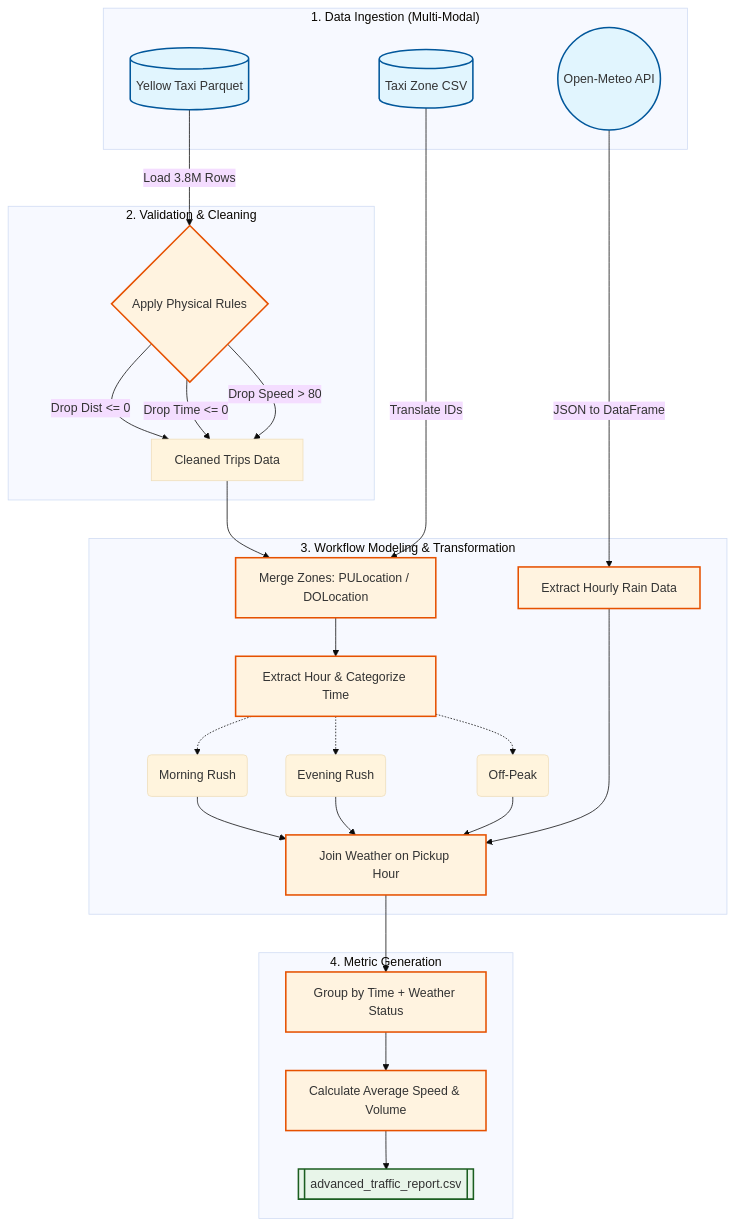
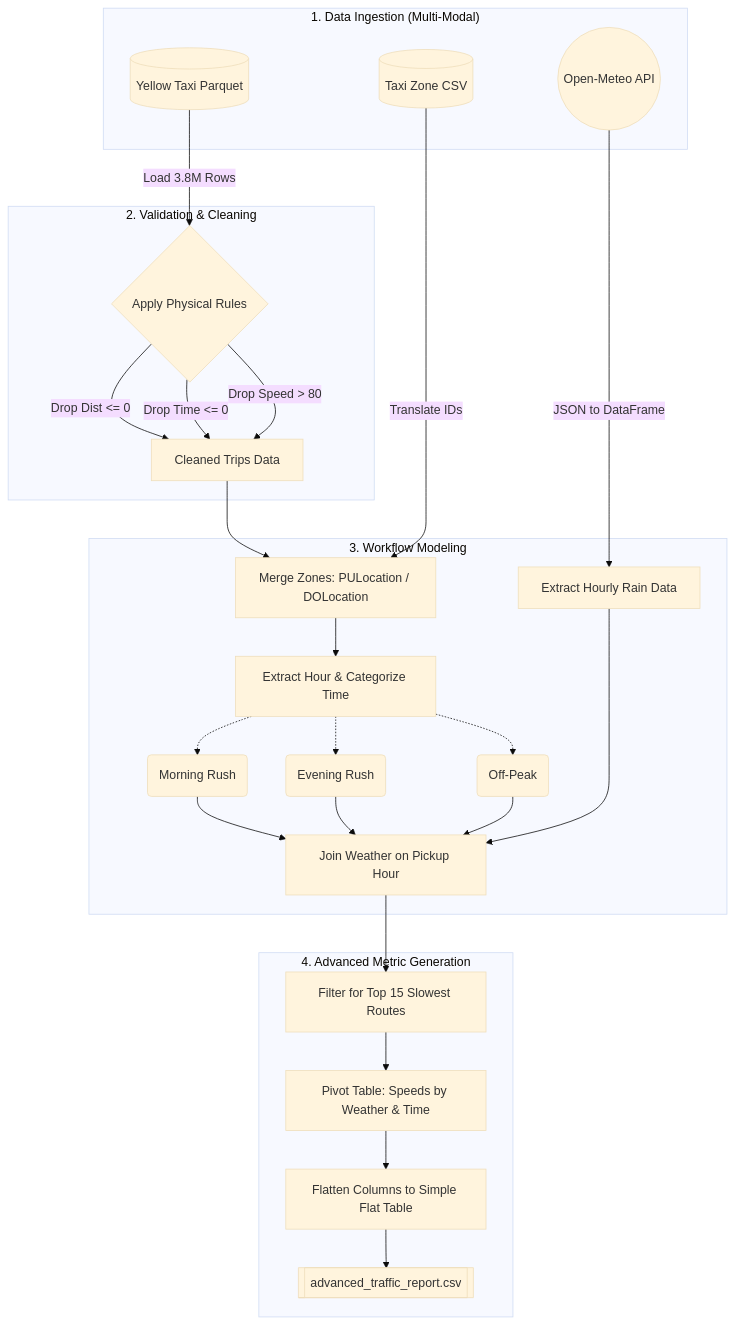
One commit to Shaikh-Suja-Rahaman/FDE-Assessment-2 changed the diagram in README.md. Above: the diagram before and after it, drawn with Mermaid (base theme). The commit also changed other lines of this file and 4 other files, not shown here.

Commit message:
refactor: pivot traffic analysis pipeline and reports to focus on route-level bottleneck metrics

````diff
--- a/README.md
+++ b/README.md
@@ -37,41 +38,37 @@
 ```mermaid
 flowchart TD
-    %% Define styles
-    classDef source fill:#e1f5fe,stroke:#01579b,stroke-width:2px;
-    classDef process fill:#fff3e0,stroke:#e65100,stroke-width:2px;
-    classDef output fill:#e8f5e9,stroke:#1b5e20,stroke-width:2px;
-
     subgraph Ingestion ["1. Data Ingestion (Multi-Modal)"]
-        A[(Yellow Taxi Parquet)]:::source
-        B[(Taxi Zone CSV)]:::source
-        C((Open-Meteo API)):::source
+        A[(Yellow Taxi Parquet)]
+        B[(Taxi Zone CSV)]
+        C((Open-Meteo API))
     end
 
     subgraph Validation ["2. Validation & Cleaning"]
-        D{Apply Physical Rules}:::process
+        D{Apply Physical Rules}
         A -->|Load 3.8M Rows| D
         D -->|Drop Dist <= 0| E[Cleaned Trips Data]
         D -->|Drop Time <= 0| E
         D -->|Drop Speed > 80| E
     end
 
-    subgraph Transformation ["3. Workflow Modeling & Transformation"]
-        E --> F[Merge Zones: PULocation / DOLocation]:::process
+    subgraph Transformation ["3. Workflow Modeling"]
+        E --> F[Merge Zones: PULocation / DOLocation]
         B -->|Translate IDs| F
-        F --> G[Extract Hour & Categorize Time]:::process
+        F --> G[Extract Hour & Categorize Time]
         
         G -.-> H1(Morning Rush)
         G -.-> H2(Evening Rush)
         G -.-> H3(Off-Peak)
         
-        C -->|JSON to DataFrame| I[Extract Hourly Rain Data]:::process
-        H1 & H2 & H3 --> J[Join Weather on Pickup Hour]:::process
+        C -->|JSON to DataFrame| I[Extract Hourly Rain Data]
+        H1 & H2 & H3 --> J[Join Weather on Pickup Hour]
         I --> J
     end
 
-    subgraph Output ["4. Metric Generation"]
-        J --> K[Group by Time + Weather Status]:::process
-        K --> L[Calculate Average Speed & Volume]:::process
-        L --> M[[advanced_traffic_report.csv]]:::output
+    subgraph Output ["4. Advanced Metric Generation"]
+        J --> K[Filter for Top 15 Slowest Routes]
+        K --> L[Pivot Table: Speeds by Weather & Time]
+        L --> M[Flatten Columns to Simple Flat Table]
+        M --> N[[advanced_traffic_report.csv]]
     end
 ```
````
